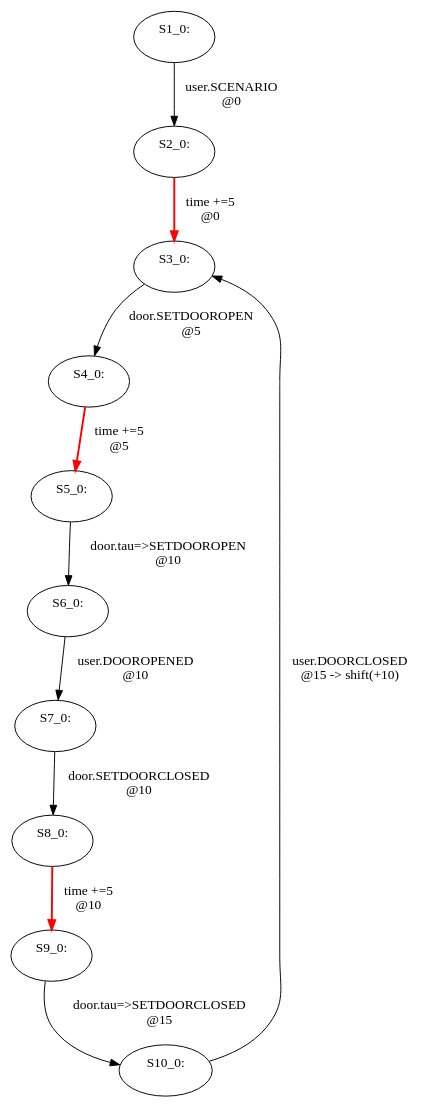
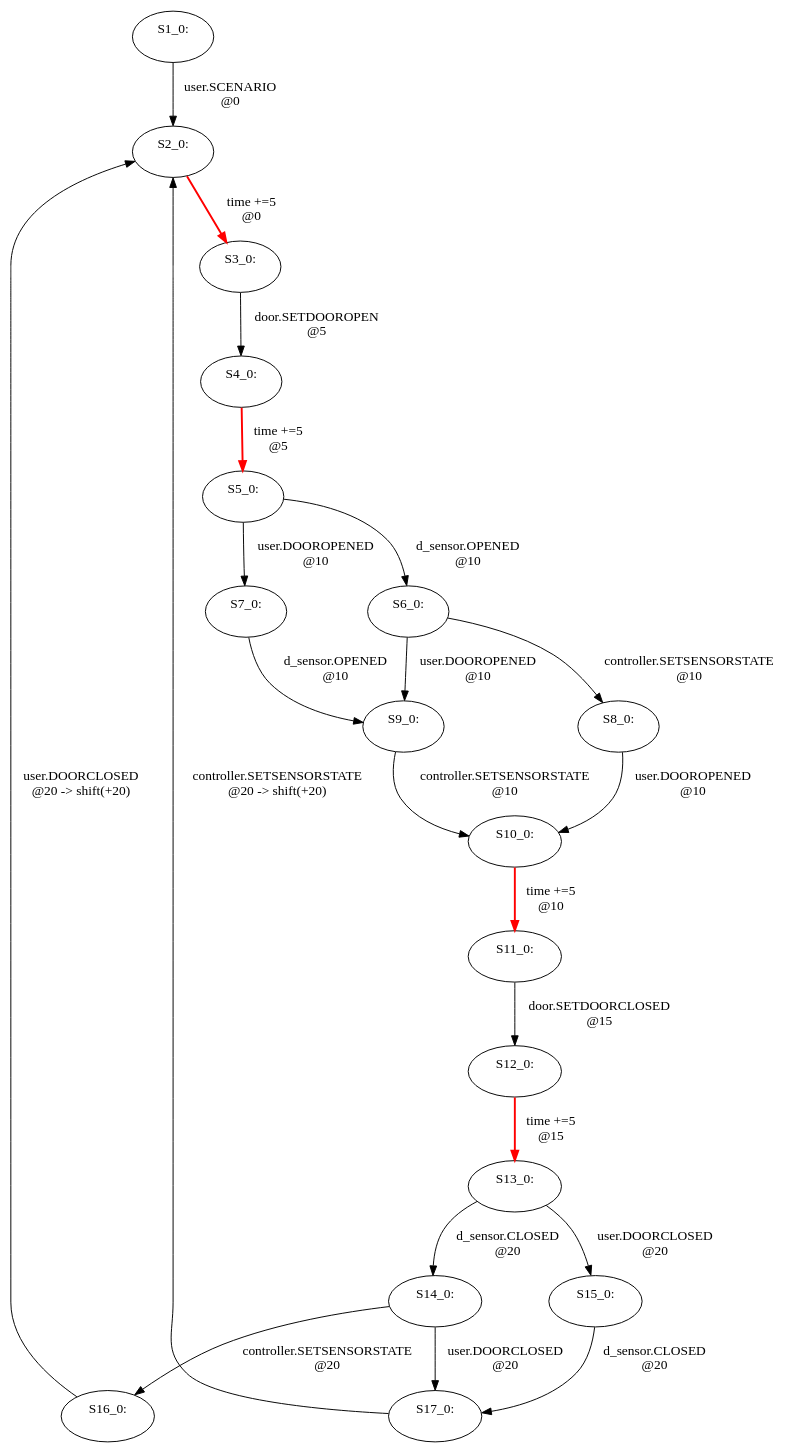
One commit to CEN90/Homealarm changed the diagram in Rebeca/src/alarm.dot. Above: the diagram before and after it, drawn with Graphviz. The commit also changed 1 other file, not shown here.

```diff
--- a/Rebeca/src/alarm.dot
+++ b/Rebeca/src/alarm.dot
@@ -1,22 +1,40 @@
 digraph html {
 S1_0[label="S1_0: \n "];
 S2_0[label="S2_0: \n "];
 S3_0[label="S3_0: \n "];
 S2_0 -> S3_0[label="time +=5 \n @0", style="bold", color="red"];
 S1_0 -> S2_0[label="user.SCENARIO \n @0"];
 S4_0[label="S4_0: \n "];
 S5_0[label="S5_0: \n "];
 S4_0 -> S5_0[label="time +=5 \n @5", style="bold", color="red"];
 S3_0 -> S4_0[label="door.SETDOOROPEN \n @5"];
 S6_0[label="S6_0: \n "];
-S5_0 -> S6_0[label="door.tau=>SETDOOROPEN \n @10"];
+S5_0 -> S6_0[label="d_sensor.OPENED \n @10"];
 S7_0[label="S7_0: \n "];
-S6_0 -> S7_0[label="user.DOOROPENED \n @10"];
+S5_0 -> S7_0[label="user.DOOROPENED \n @10"];
 S8_0[label="S8_0: \n "];
+S6_0 -> S8_0[label="controller.SETSENSORSTATE \n @10"];
 S9_0[label="S9_0: \n "];
-S8_0 -> S9_0[label="time +=5 \n @10", style="bold", color="red"];
-S7_0 -> S8_0[label="door.SETDOORCLOSED \n @10"];
+S6_0 -> S9_0[label="user.DOOROPENED \n @10"];
+S7_0 -> S9_0[label="d_sensor.OPENED \n @10"];
 S10_0[label="S10_0: \n "];
-S9_0 -> S10_0[label="door.tau=>SETDOORCLOSED \n @15"];
-S10_0 -> S3_0[label="user.DOORCLOSED \n @15 -> shift(+10)"];
+S11_0[label="S11_0: \n "];
+S10_0 -> S11_0[label="time +=5 \n @10", style="bold", color="red"];
+S8_0 -> S10_0[label="user.DOOROPENED \n @10"];
+S9_0 -> S10_0[label="controller.SETSENSORSTATE \n @10"];
+S12_0[label="S12_0: \n "];
+S13_0[label="S13_0: \n "];
+S12_0 -> S13_0[label="time +=5 \n @15", style="bold", color="red"];
+S11_0 -> S12_0[label="door.SETDOORCLOSED \n @15"];
+S14_0[label="S14_0: \n "];
+S13_0 -> S14_0[label="d_sensor.CLOSED \n @20"];
+S15_0[label="S15_0: \n "];
+S13_0 -> S15_0[label="user.DOORCLOSED \n @20"];
+S16_0[label="S16_0: \n "];
+S14_0 -> S16_0[label="controller.SETSENSORSTATE \n @20"];
+S17_0[label="S17_0: \n "];
+S14_0 -> S17_0[label="user.DOORCLOSED \n @20"];
+S15_0 -> S17_0[label="d_sensor.CLOSED \n @20"];
+S16_0 -> S2_0[label="user.DOORCLOSED \n @20 -> shift(+20)"];
+S17_0 -> S2_0[label="controller.SETSENSORSTATE \n @20 -> shift(+20)"];
 }
```
